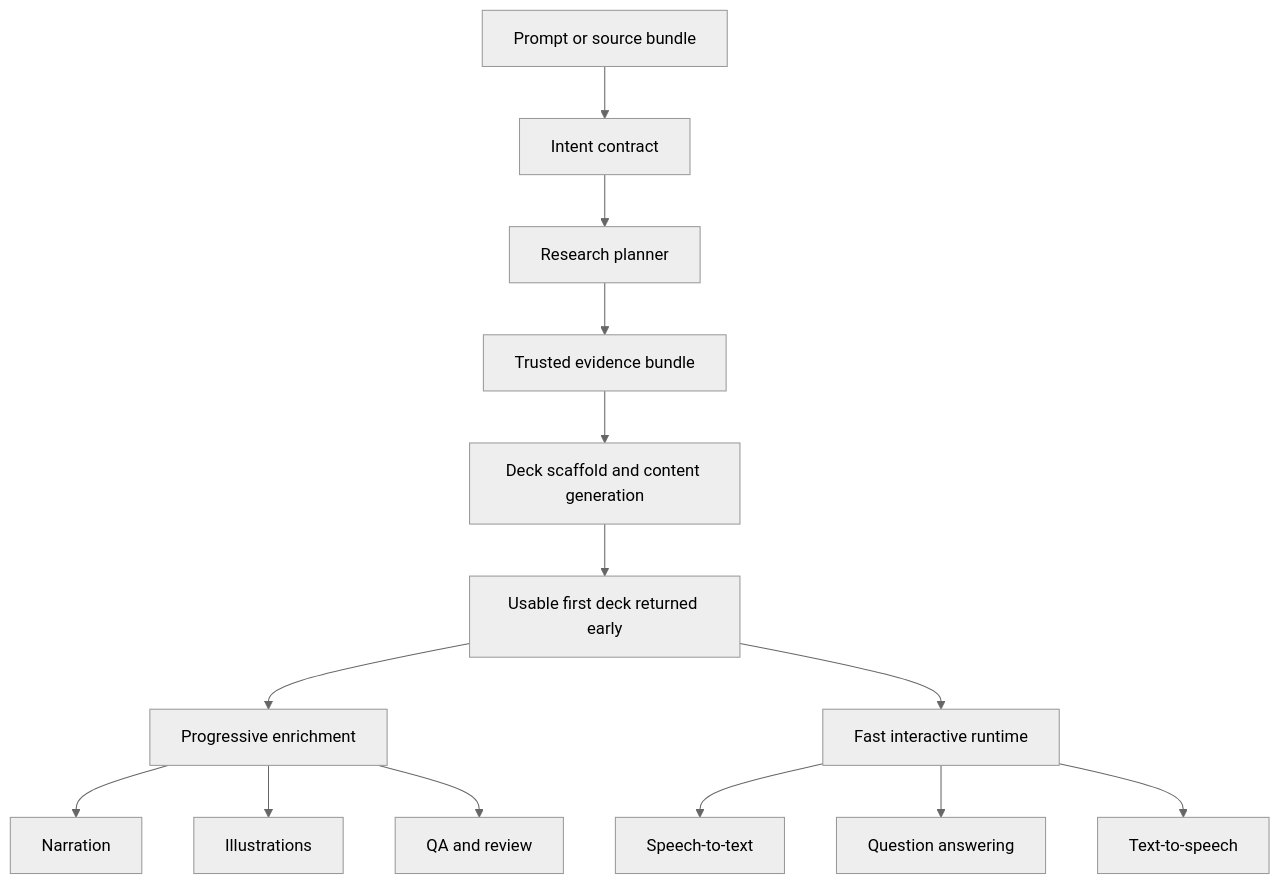
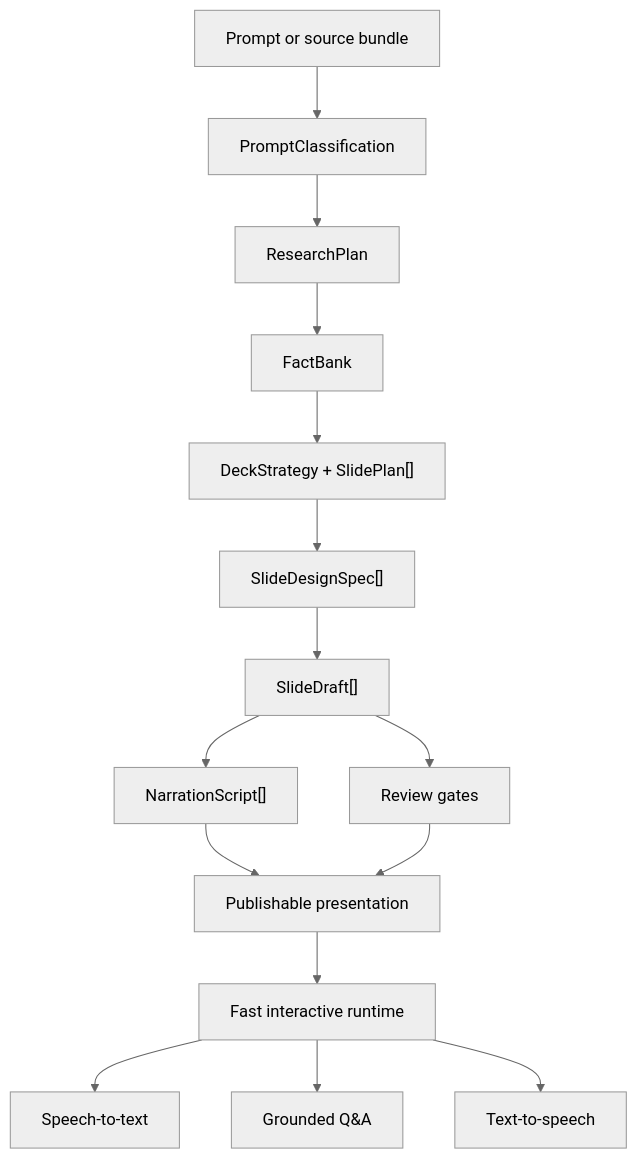
One commit to Jawbreaker1/slidespeech changed the third of 4 diagrams in README.md. Above: the diagram before and after it, drawn with Mermaid (neutral theme). The commit also changed other lines of this file and 129 other files, not shown here.

````diff
--- a/README.md
+++ b/README.md
@@ -180,16 +191,17 @@
 ```mermaid
 flowchart TD
-    A["Prompt or source bundle"] --> B["Intent contract"]
-    B --> C["Research planner"]
-    C --> D["Trusted evidence bundle"]
-    D --> E["Deck scaffold and content generation"]
-    E --> F["Usable first deck returned early"]
-    F --> G["Progressive enrichment"]
-    G --> H["Narration"]
-    G --> I["Illustrations"]
-    G --> J["QA and review"]
-    F --> K["Fast interactive runtime"]
+    A["Prompt or source bundle"] --> B["PromptClassification"]
+    B --> C["ResearchPlan"]
+    C --> D["FactBank"]
+    D --> E["DeckStrategy + SlidePlan[]"]
+    E --> F["SlideDesignSpec[]"]
+    F --> G["SlideDraft[]"]
+    G --> H["NarrationScript[]"]
+    G --> I["Review gates"]
+    H --> J["Publishable presentation"]
+    I --> J
+    J --> K["Fast interactive runtime"]
     K --> L["Speech-to-text"]
-    K --> M["Question answering"]
+    K --> M["Grounded Q&A"]
     K --> N["Text-to-speech"]
 ```
````
